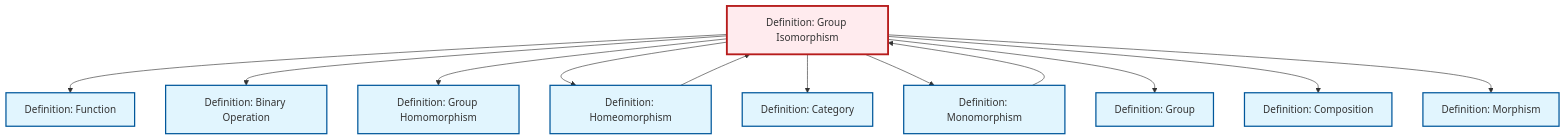
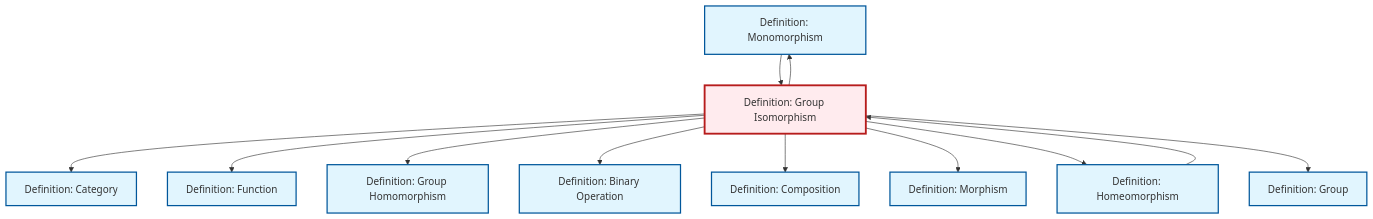
The diagram in content/en/algebra/def-isomorphism.qmd (RK0429/ModernMath), drawn with Mermaid before and after one commit. The commit also changed other lines of this file and 619 other files, not shown here.

````diff
--- a/content/en/algebra/def-isomorphism.qmd
+++ b/content/en/algebra/def-isomorphism.qmd
@@ -112,40 +112,40 @@
 ```{mermaid}
 %%| fig-cap: "Local dependency graph"
 graph TD
     classDef definition fill:#e1f5fe,stroke:#01579b,stroke-width:2px
     classDef theorem fill:#f3e5f5,stroke:#4a148c,stroke-width:2px
     classDef axiom fill:#fff3e0,stroke:#e65100,stroke-width:2px
     classDef example fill:#e8f5e9,stroke:#1b5e20,stroke-width:2px
     classDef current fill:#ffebee,stroke:#b71c1c,stroke-width:3px
-    def-category["Definition: Category"]:::definition
+    def-binary-operation["Definition: Binary Operation"]:::definition
+    def-composition["Definition: Composition"]:::definition
+    def-group["Definition: Group"]:::definition
+    def-monomorphism["Definition: Monomorphism"]:::definition
+    def-morphism["Definition: Morphism"]:::definition
+    def-isomorphism["Definition: Group Isomorphism"]:::definition
+    def-homeomorphism["Definition: Homeomorphism"]:::definition
     def-homomorphism["Definition: Group Homomorphism"]:::definition
     def-function["Definition: Function"]:::definition
-    def-isomorphism["Definition: Group Isomorphism"]:::definition
-    def-morphism["Definition: Morphism"]:::definition
-    def-homeomorphism["Definition: Homeomorphism"]:::definition
-    def-monomorphism["Definition: Monomorphism"]:::definition
-    def-composition["Definition: Composition"]:::definition
-    def-group["Definition: Group"]:::definition
-    def-binary-operation["Definition: Binary Operation"]:::definition
+    def-category["Definition: Category"]:::definition
+    def-isomorphism --> def-category
     def-isomorphism --> def-function
+    def-isomorphism --> def-monomorphism
+    def-homeomorphism --> def-isomorphism
+    def-monomorphism --> def-isomorphism
+    def-isomorphism --> def-homomorphism
     def-isomorphism --> def-binary-operation
-    def-isomorphism --> def-homomorphism
-    def-homeomorphism --> def-isomorphism
+    def-isomorphism --> def-composition
+    def-isomorphism --> def-morphism
     def-isomorphism --> def-homeomorphism
-    def-isomorphism --> def-category
-    def-isomorphism --> def-monomorphism
     def-isomorphism --> def-group
-    def-isomorphism --> def-composition
-    def-monomorphism --> def-isomorphism
-    def-isomorphism --> def-morphism
     class def-isomorphism current
-    click def-category "def-category.html" "Go to Category definition"
+    click def-binary-operation "def-binary-operation.html" "Go to Binary Operation definition"
+    click def-composition "def-composition.html" "Go to Composition definition"
+    click def-group "def-group.html" "Go to Group definition"
+    click def-monomorphism "def-monomorphism.html" "Go to Monomorphism definition"
+    click def-morphism "def-morphism.html" "Go to Morphism definition"
+    click def-homeomorphism "def-homeomorphism.html" "Go to Homeomorphism definition"
     click def-homomorphism "def-homomorphism.html" "Go to Group Homomorphism definition"
     click def-function "def-function.html" "Go to Function definition"
-    click def-morphism "def-morphism.html" "Go to Morphism definition"
-    click def-homeomorphism "def-homeomorphism.html" "Go to Homeomorphism definition"
-    click def-monomorphism "def-monomorphism.html" "Go to Monomorphism definition"
-    click def-composition "def-composition.html" "Go to Composition definition"
-    click def-group "def-group.html" "Go to Group definition"
-    click def-binary-operation "def-binary-operation.html" "Go to Binary Operation definition"
+    click def-category "def-category.html" "Go to Category definition"
 ```
````
